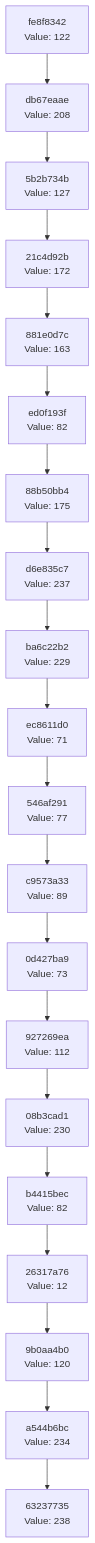
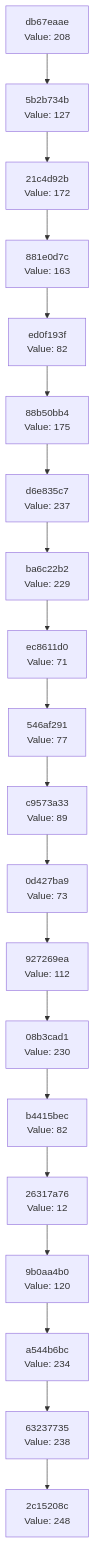
Before and after one commit to Abhisheksinha1506/hash-chain-evolver: the diagram in docs/CHAIN_VISUALIZATION.md, drawn with Mermaid. The commit also changed 3 other files, not shown here.

````diff
--- a/docs/CHAIN_VISUALIZATION.md
+++ b/docs/CHAIN_VISUALIZATION.md
@@ -3,42 +3,42 @@
 ```mermaid
 graph TD
-    C0["63237735<br/>Value: 238"]
-    C1["a544b6bc<br/>Value: 234"]
+    C0["2c15208c<br/>Value: 248"]
+    C1["63237735<br/>Value: 238"]
     C1 --> C0
-    C2["9b0aa4b0<br/>Value: 120"]
+    C2["a544b6bc<br/>Value: 234"]
     C2 --> C1
-    C3["26317a76<br/>Value: 12"]
+    C3["9b0aa4b0<br/>Value: 120"]
     C3 --> C2
-    C4["b4415bec<br/>Value: 82"]
+    C4["26317a76<br/>Value: 12"]
     C4 --> C3
-    C5["08b3cad1<br/>Value: 230"]
+    C5["b4415bec<br/>Value: 82"]
     C5 --> C4
-    C6["927269ea<br/>Value: 112"]
+    C6["08b3cad1<br/>Value: 230"]
     C6 --> C5
-    C7["0d427ba9<br/>Value: 73"]
+    C7["927269ea<br/>Value: 112"]
     C7 --> C6
-    C8["c9573a33<br/>Value: 89"]
+    C8["0d427ba9<br/>Value: 73"]
     C8 --> C7
-    C9["546af291<br/>Value: 77"]
+    C9["c9573a33<br/>Value: 89"]
     C9 --> C8
-    C10["ec8611d0<br/>Value: 71"]
+    C10["546af291<br/>Value: 77"]
     C10 --> C9
-    C11["ba6c22b2<br/>Value: 229"]
+    C11["ec8611d0<br/>Value: 71"]
     C11 --> C10
-    C12["d6e835c7<br/>Value: 237"]
+    C12["ba6c22b2<br/>Value: 229"]
     C12 --> C11
-    C13["88b50bb4<br/>Value: 175"]
+    C13["d6e835c7<br/>Value: 237"]
     C13 --> C12
-    C14["ed0f193f<br/>Value: 82"]
+    C14["88b50bb4<br/>Value: 175"]
     C14 --> C13
-    C15["881e0d7c<br/>Value: 163"]
+    C15["ed0f193f<br/>Value: 82"]
     C15 --> C14
-    C16["21c4d92b<br/>Value: 172"]
+    C16["881e0d7c<br/>Value: 163"]
     C16 --> C15
-    C17["5b2b734b<br/>Value: 127"]
+    C17["21c4d92b<br/>Value: 172"]
     C17 --> C16
-    C18["db67eaae<br/>Value: 208"]
+    C18["5b2b734b<br/>Value: 127"]
     C18 --> C17
-    C19["fe8f8342<br/>Value: 122"]
+    C19["db67eaae<br/>Value: 208"]
     C19 --> C18
 ```
````
